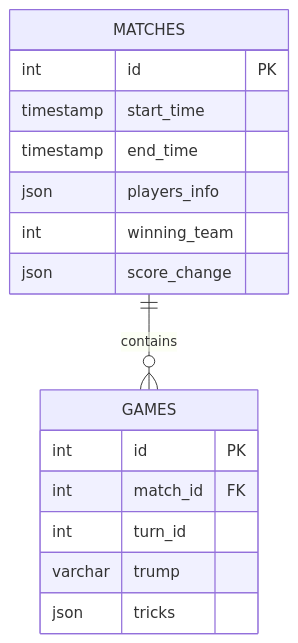
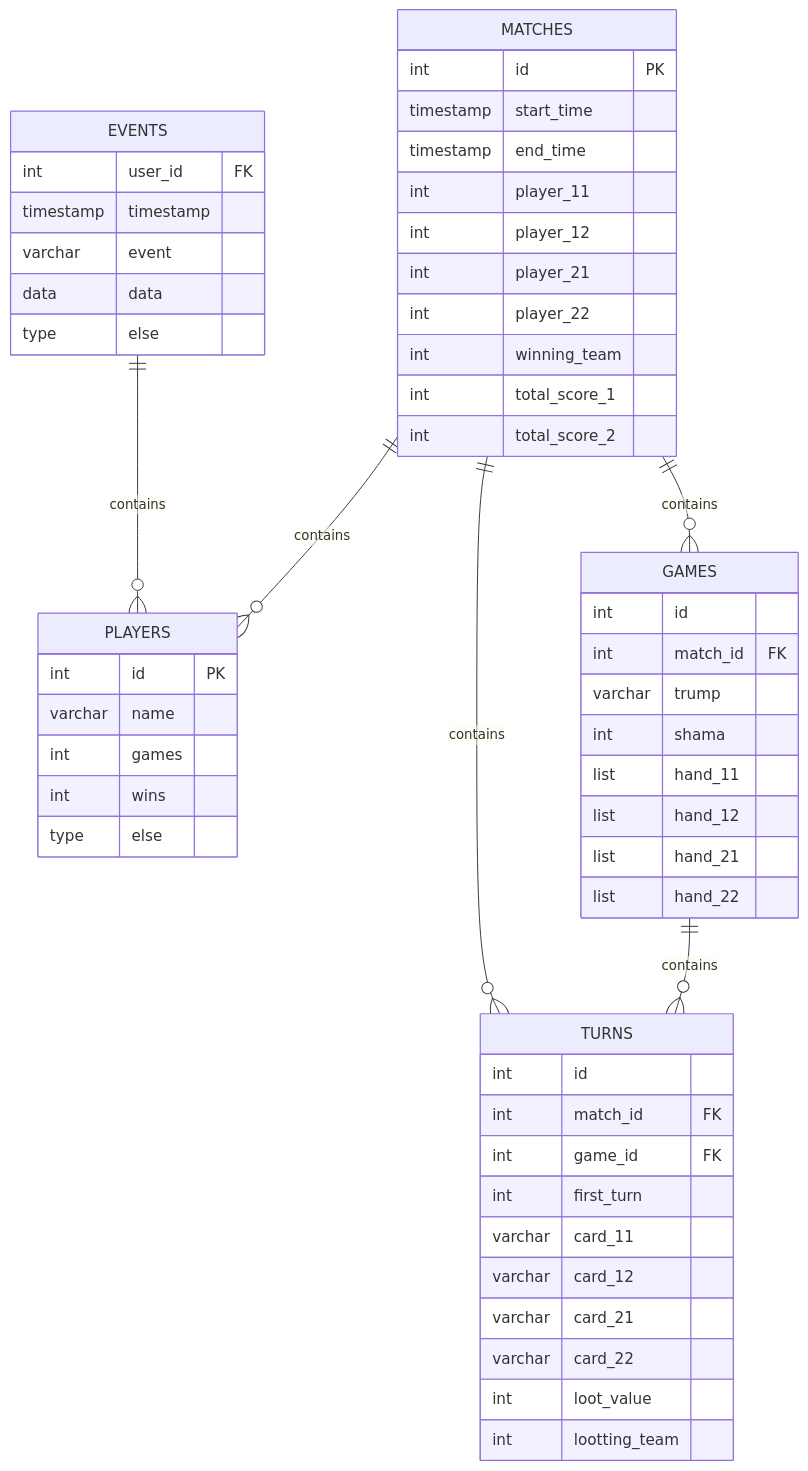
The second of 2 diagrams in docs/development_plan.md (Arroch/ShamaCardGame), drawn with Mermaid before and after one commit. The commit also changed other lines of this file, not shown here.

Commit message:
Обновление плана разработки: переход на FastAPI и PostgreSQL

````diff
--- a/docs/development_plan.md
+++ b/docs/development_plan.md
@@ -49,19 +49,56 @@
 ```mermaid
 erDiagram
+    EVENTS ||--o{ PLAYERS : contains
+    MATCHES ||--o{ PLAYERS : contains
     MATCHES ||--o{ GAMES : contains
+    MATCHES ||--o{ TURNS : contains
+    GAMES ||--o{ TURNS : contains
+    EVENTS {
+        int user_id FK
+        timestamp timestamp
+        varchar event
+        data data
+        type else
+    }
     MATCHES {
-        int id PK
+        int id PK 
         timestamp start_time
         timestamp end_time
-        json players_info
+        int player_11
+        int player_12
+        int player_21
+        int player_22
         int winning_team
-        json score_change
+        int total_score_1
+        int total_score_2
     }
     GAMES {
+        int id
+        int match_id FK
+        varchar trump
+        int shama
+        list hand_11
+        list hand_12
+        list hand_21
+        list hand_22
+    }
+    TURNS {
+        int id
+        int match_id FK
+        int game_id FK
+        int first_turn
+        varchar card_11
+        varchar card_12
+        varchar card_21
+        varchar card_22
+        int loot_value
+        int lootting_team
+    }
+    PLAYERS {
         int id PK
-        int match_id FK
-        int turn_id
-        varchar trump
-        json tricks
+        varchar name
+        int games
+        int wins
+        type else
     }
 ```
````
